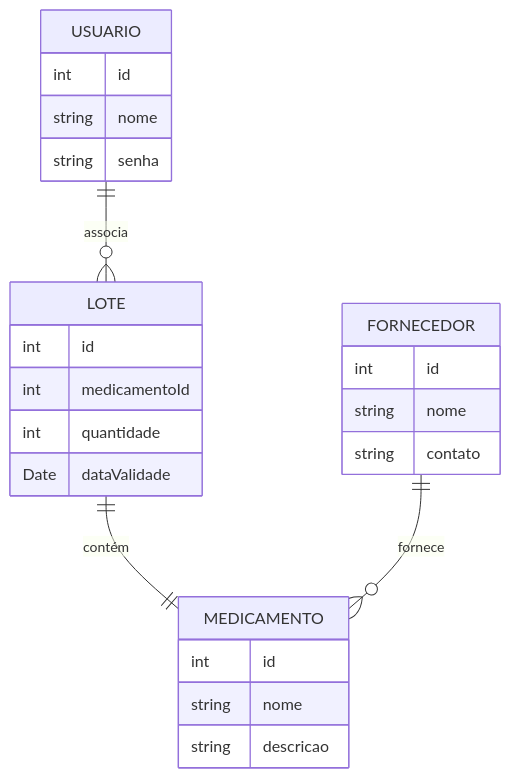
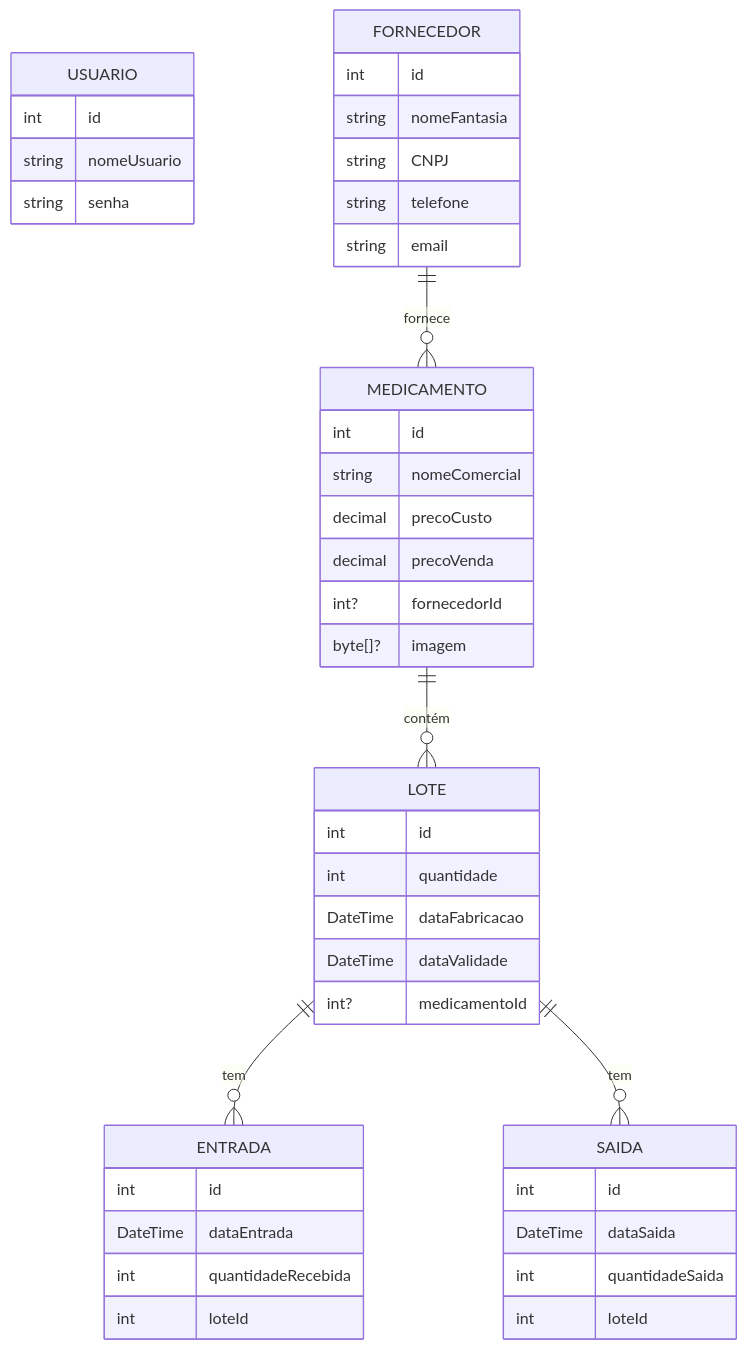
The second of 2 diagrams in mermaid_test.md (WallaceSousa88/LifeHacksCode), drawn with Mermaid before and after one commit. The commit also changed other lines of this file, not shown here.

Commit message:
upd mermaid_test

````diff
--- a/mermaid_test.md
+++ b/mermaid_test.md
@@ -37,31 +58,52 @@
 ```mermaid
 erDiagram
     USUARIO {
         int id
-        string nome
+        string nomeUsuario
         string senha
+    }
+
+    FORNECEDOR {
+        int id
+        string nomeFantasia
+        string CNPJ
+        string telefone
+        string email
+    }
+
+    MEDICAMENTO {
+        int id
+        string nomeComercial
+        decimal precoCusto
+        decimal precoVenda
+        int? fornecedorId
+        byte[]? imagem
     }
 
     LOTE {
         int id
-        int medicamentoId
         int quantidade
-        Date dataValidade
+        DateTime dataFabricacao
+        DateTime dataValidade
+        int? medicamentoId
     }
 
-    FORNECEDOR {
+    ENTRADA {
         int id
-        string nome
-        string contato
+        DateTime dataEntrada
+        int quantidadeRecebida
+        int loteId
     }
 
-    MEDICAMENTO {
+    SAIDA {
         int id
-        string nome
-        string descricao
+        DateTime dataSaida
+        int quantidadeSaida
+        int loteId
     }
 
-    USUARIO ||--o{ LOTE : "associa"
-    LOTE ||--|| MEDICAMENTO : "contém"
     FORNECEDOR ||--o{ MEDICAMENTO : "fornece"
+    MEDICAMENTO ||--o{ LOTE : "contém"
+    LOTE ||--o{ ENTRADA : "tem"
+    LOTE ||--o{ SAIDA : "tem"
 ```
````
